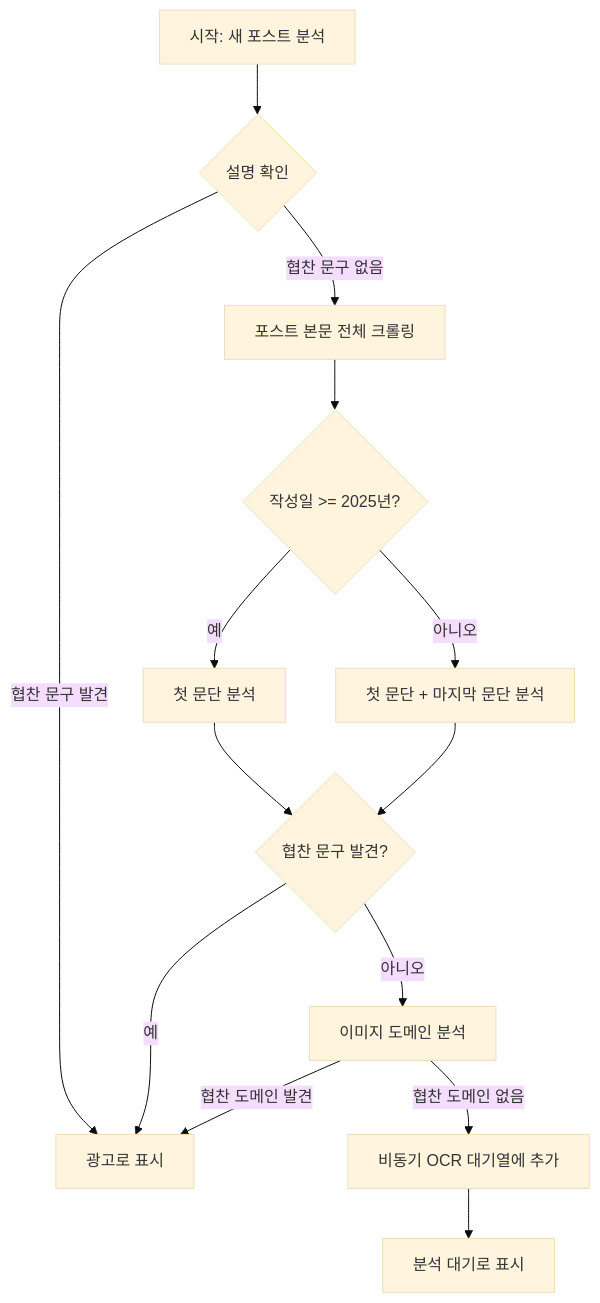
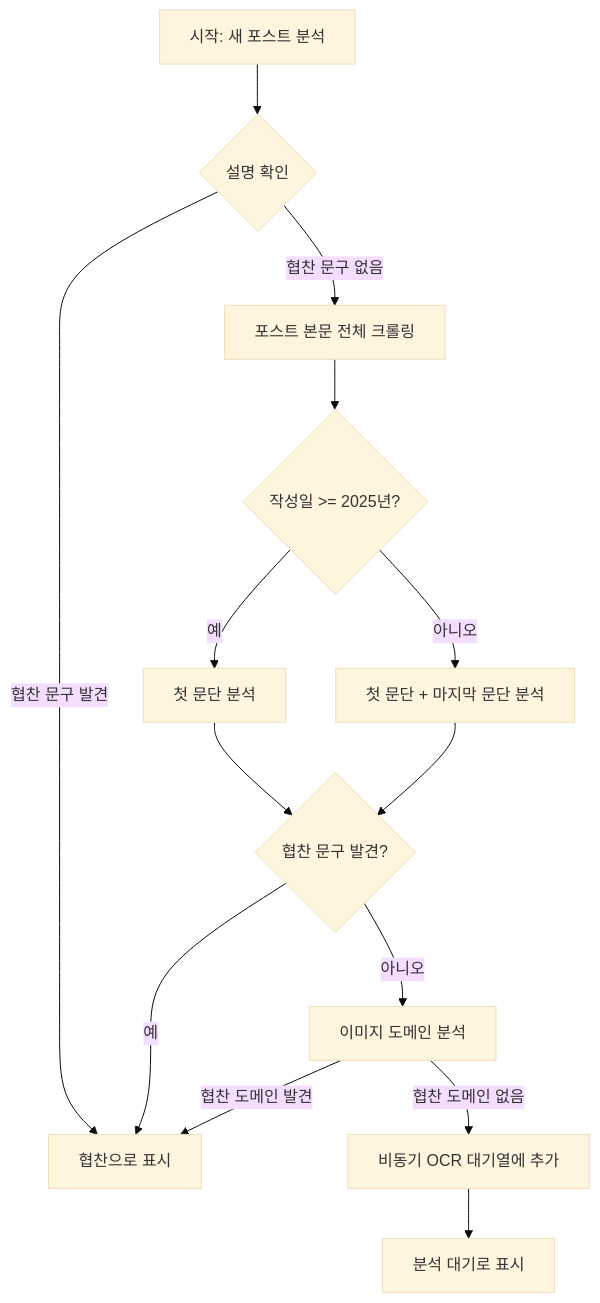
One commit to ndns-dev/.github changed the second of 4 diagrams in profile/README.md. Above: the diagram before and after it, drawn with Mermaid (base theme). The commit also changed other lines of this file, not shown here.

````diff
--- a/profile/README.md
+++ b/profile/README.md
@@ -59,16 +59,16 @@
 ```mermaid
 graph TD
     A[시작: 새 포스트 분석] --> B{설명 확인};
-    B -- "협찬 문구 발견" --> C[광고로 표시];
+    B -- "협찬 문구 발견" --> C[협찬으로 표시];
     B -- "협찬 문구 없음" --> D[포스트 본문 전체 크롤링];
     D --> E{작성일 >= 2025년?};
     E -- "예" --> F[첫 문단 분석];
     E -- "아니오" --> G[첫 문단 + 마지막 문단 분석];
     F --> H{협찬 문구 발견?};
     G --> H;
     H -- "예" --> C;
     H -- "아니오" --> I[이미지 도메인 분석];
     I -- "협찬 도메인 발견" --> C;
     I -- "협찬 도메인 없음" --> J[비동기 OCR 대기열에 추가];
     J --> K[분석 대기로 표시];
 ```
````
